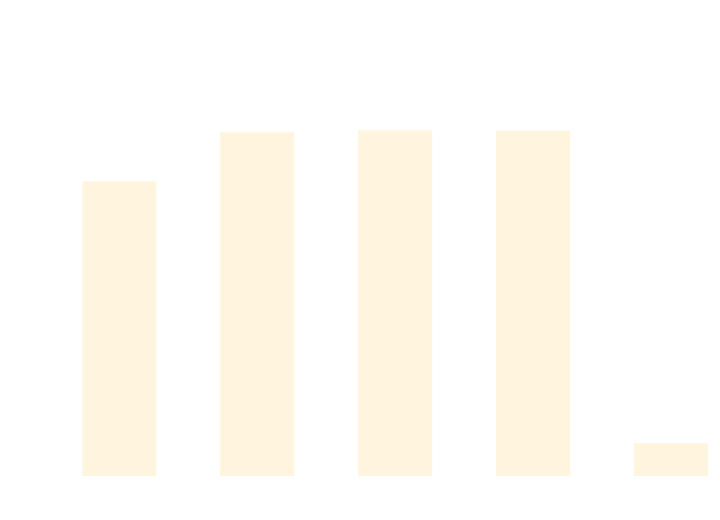
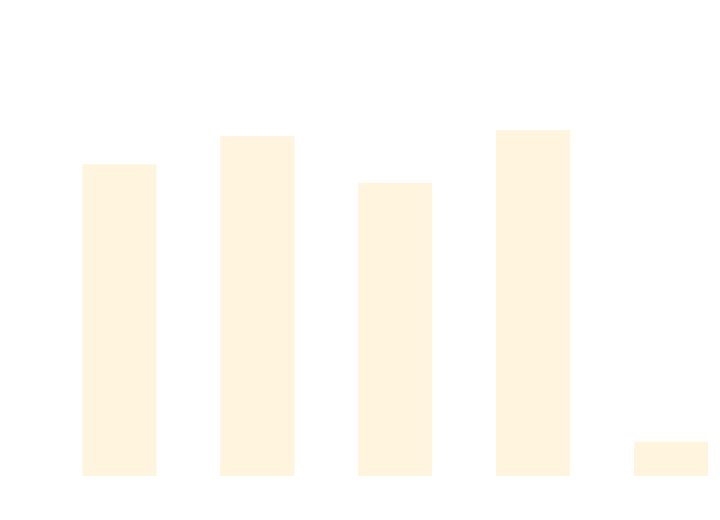
One commit to thomhurst/TUnit changed the diagram in docs/docs/benchmarks/ScaleTests.md. Above: the diagram before and after it, drawn with Mermaid. The commit also changed other lines of this file and 17 other files, not shown here.

````diff
--- a/docs/docs/benchmarks/ScaleTests.md
+++ b/docs/docs/benchmarks/ScaleTests.md
@@ -27,37 +27,37 @@
 ```mermaid
 %%{init: {
   'theme':'base',
   'themeVariables': {
     'primaryColor': '#2563eb',
     'primaryTextColor': '#ffffff',
     'primaryBorderColor': '#1e40af',
     'lineColor': '#6b7280',
     'secondaryColor': '#7c3aed',
     'tertiaryColor': '#dc2626',
     'background': '#ffffff',
     'mainBkg': '#2563eb',
     'secondBkg': '#7c3aed',
     'tertiaryBkg': '#dc2626',
     'clusterBkg': '#f3f4f6',
     'edgeLabelBackground': '#ffffff',
     'tertiaryTextColor': '#1f2937',
     'pie1': '#2563eb',
     'pie2': '#7c3aed',
     'pie3': '#dc2626',
     'pie4': '#f59e0b',
     'pie5': '#10b981',
     'pie6': '#06b6d4',
     'pie7': '#ec4899',
     'pie8': '#6366f1',
     'pie9': '#84cc16',
     'pie10': '#f97316',
     'pie11': '#14b8a6',
     'pie12': '#a855f7'
   }
 }}%%
 xychart-beta
   title "ScaleTests Performance Comparison"
   x-axis ["TUnit", "NUnit", "MSTest", "xUnit3", "TUnit_AOT"]
-  y-axis "Time (ms)" 0 --> 739
-  bar [522.37, 611.57, 615.51, 614.63, 43.96]
+  y-axis "Time (ms)" 0 --> 712
+  bar [532.88, 582.78, 500.42, 593.09, 45.31]
 ```
````
